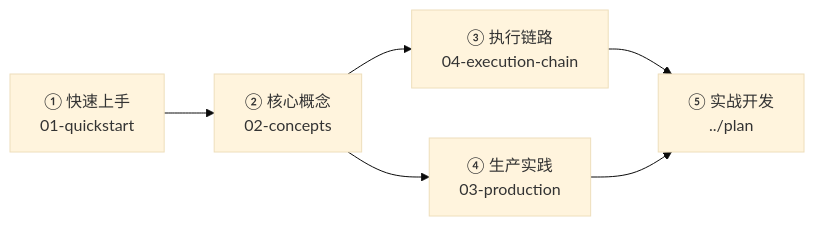
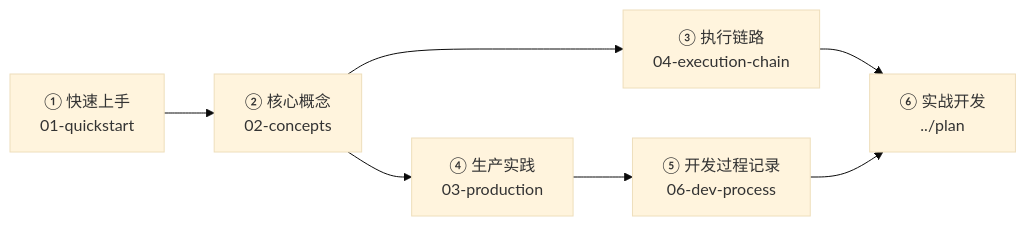
The diagram in docs/README.md (zhaoshan/parlant-agent), drawn with Mermaid (base theme) before and after one commit. The commit also changed other lines of this file and 29 other files, not shown here.

First line of the commit message:
docs: 03-production 08-17 迁移至 06-dev-process（重编号 01-10）+ 新增 doc11 网关接入方案，全仓引用同步

````diff
--- a/docs/README.md
+++ b/docs/README.md
@@ -16,8 +16,9 @@
 ```mermaid
 flowchart LR
     A["① 快速上手<br/>01-quickstart"] --> B["② 核心概念<br/>02-concepts"]
     B --> C["③ 执行链路<br/>04-execution-chain"]
     B --> D["④ 生产实践<br/>03-production"]
-    C --> E["⑤ 实战开发<br/>../plan"]
-    D --> E
+    D --> F["⑤ 开发过程记录<br/>06-dev-process"]
+    C --> E["⑥ 实战开发<br/>../plan"]
+    F --> E
 ```
````
